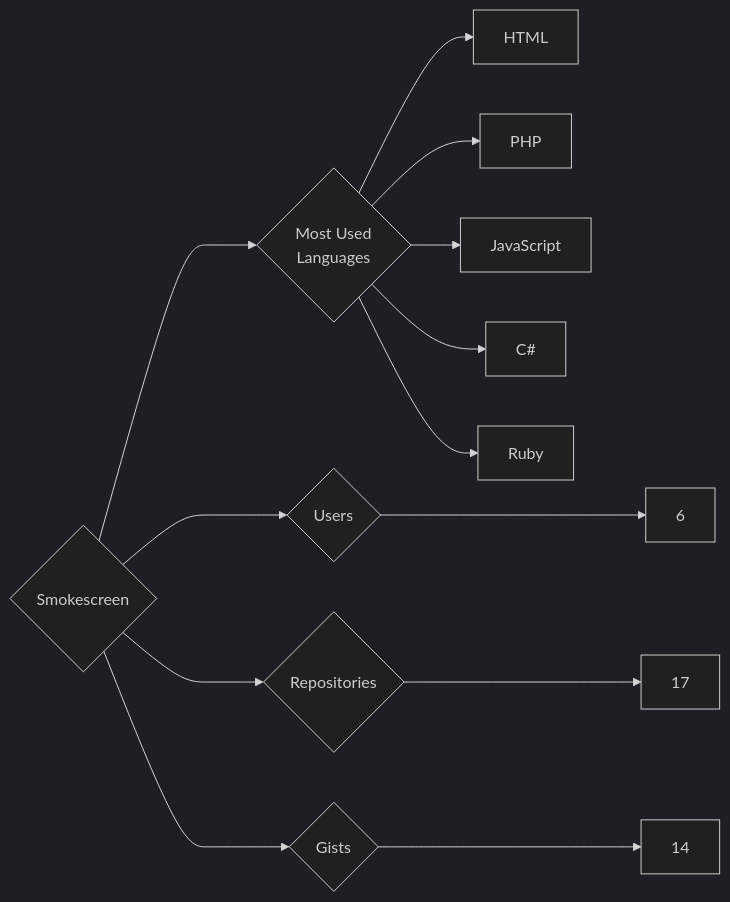
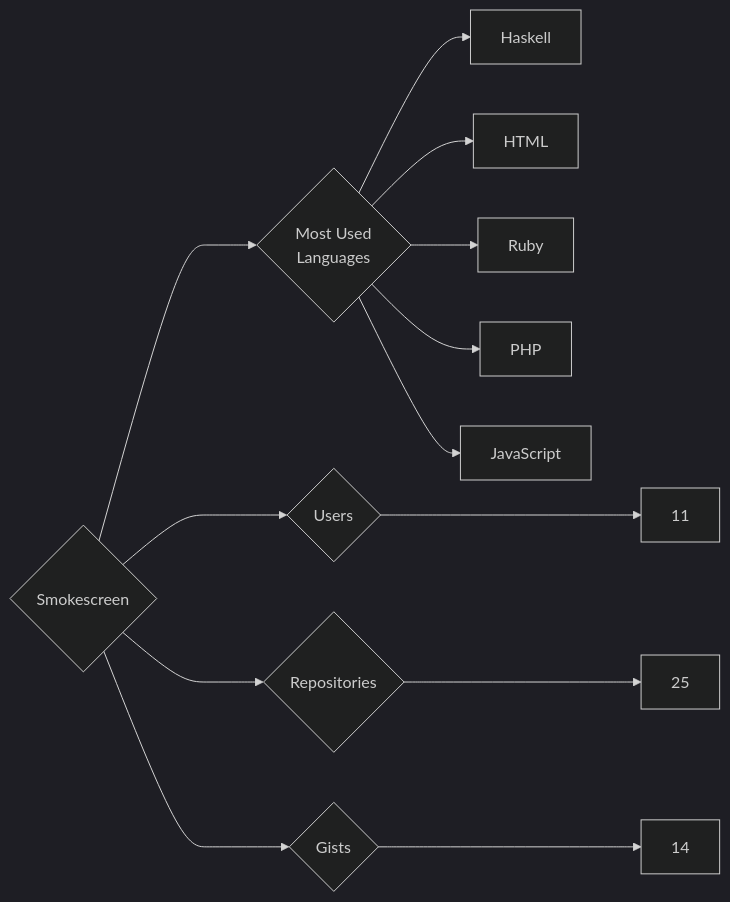
Before and after one commit to trickest/insiders: the diagram in targets/Smokescreen/README.md, drawn with Mermaid (dark theme). The commit also changed 928 other files, not shown here.

````diff
--- a/targets/Smokescreen/README.md
+++ b/targets/Smokescreen/README.md
@@ -3,13 +3,13 @@
 ```mermaid
 graph LR
 COMPANY_NAME{Smokescreen}
-COMPANY_NAME ---> U{Users} ---> UN[6]
-COMPANY_NAME ---> R{Repositories} ---> RN[17]
+COMPANY_NAME ---> U{Users} ---> UN[11]
+COMPANY_NAME ---> R{Repositories} ---> RN[25]
 COMPANY_NAME ---> G{Gists} ---> GN[14]
 COMPANY_NAME ---> ML{Most Used<br>Languages}
+ML --> Haskell[Haskell]
 ML --> HTML[HTML]
+ML --> Ruby[Ruby]
 ML --> PHP[PHP]
 ML --> JavaScript[JavaScript]
-ML --> C#[C#]
-ML --> Ruby[Ruby]
 ```
````
